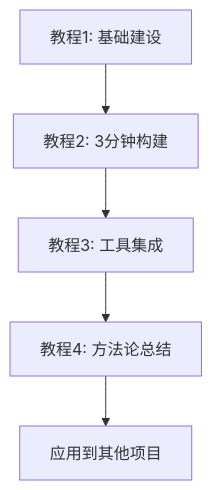
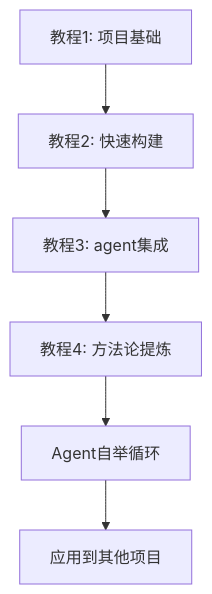
One commit to live-high/agent-bootstrap-tutorials changed the diagram in README.md. Above: the diagram before and after it, drawn with Mermaid. The commit also changed other lines of this file, not shown here.

````diff
--- a/README.md
+++ b/README.md
@@ -31,7 +31,8 @@
 ```mermaid
 graph TD
-    A[教程1: 基础建设] --> B[教程2: 3分钟构建]
-    B --> C[教程3: 工具集成]
-    C --> D[教程4: 方法论总结]
-    D --> E[应用到其他项目]
+    A[教程1: 项目基础] --> B[教程2: 快速构建]
+    B --> C[教程3: agent集成]
+    C --> D[教程4: 方法论提炼]
+    D --> E[Agent自举循环]
+    E --> F[应用到其他项目]
 ```
````
